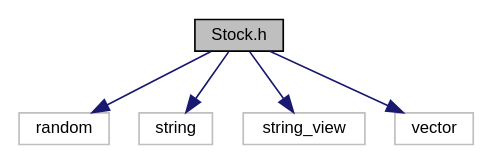
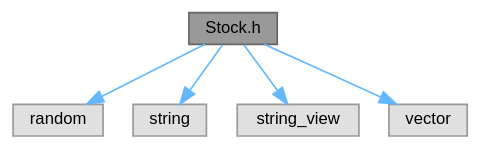
The diagram in docs/Stock_8h__incl.dot (KoniHD/stock_sim_uni), drawn with Graphviz before and after one commit. The commit also changed 174 other files, not shown here.

```diff
--- a/docs/Stock_8h__incl.dot
+++ b/docs/Stock_8h__incl.dot
@@ -1,15 +1,16 @@
 digraph "Stock.h"
 {
  // LATEX_PDF_SIZE
-  edge [fontname="Helvetica",fontsize="10",labelfontname="Helvetica",labelfontsize="10"];
-  node [fontname="Helvetica",fontsize="10",shape=record];
-  Node1 [label="Stock.h",height=0.2,width=0.4,color="black", fillcolor="grey75", style="filled", fontcolor="black",tooltip=" "];
-  Node1 -> Node2 [color="midnightblue",fontsize="10",style="solid",fontname="Helvetica"];
-  Node2 [label="random",height=0.2,width=0.4,color="grey75", fillcolor="white", style="filled",tooltip=" "];
-  Node1 -> Node3 [color="midnightblue",fontsize="10",style="solid",fontname="Helvetica"];
-  Node3 [label="string",height=0.2,width=0.4,color="grey75", fillcolor="white", style="filled",tooltip=" "];
-  Node1 -> Node4 [color="midnightblue",fontsize="10",style="solid",fontname="Helvetica"];
-  Node4 [label="string_view",height=0.2,width=0.4,color="grey75", fillcolor="white", style="filled",tooltip=" "];
-  Node1 -> Node5 [color="midnightblue",fontsize="10",style="solid",fontname="Helvetica"];
-  Node5 [label="vector",height=0.2,width=0.4,color="grey75", fillcolor="white", style="filled",tooltip=" "];
+  bgcolor="transparent";
+  edge [fontname=Helvetica,fontsize=10,labelfontname=Helvetica,labelfontsize=10];
+  node [fontname=Helvetica,fontsize=10,shape=box,height=0.2,width=0.4];
+  Node1 [id="Node000001",label="Stock.h",height=0.2,width=0.4,color="gray40", fillcolor="grey60", style="filled", fontcolor="black",tooltip=" "];
+  Node1 -> Node2 [id="edge1_Node000001_Node000002",color="steelblue1",style="solid",tooltip=" "];
+  Node2 [id="Node000002",label="random",height=0.2,width=0.4,color="grey60", fillcolor="#E0E0E0", style="filled",tooltip=" "];
+  Node1 -> Node3 [id="edge2_Node000001_Node000003",color="steelblue1",style="solid",tooltip=" "];
+  Node3 [id="Node000003",label="string",height=0.2,width=0.4,color="grey60", fillcolor="#E0E0E0", style="filled",tooltip=" "];
+  Node1 -> Node4 [id="edge3_Node000001_Node000004",color="steelblue1",style="solid",tooltip=" "];
+  Node4 [id="Node000004",label="string_view",height=0.2,width=0.4,color="grey60", fillcolor="#E0E0E0", style="filled",tooltip=" "];
+  Node1 -> Node5 [id="edge4_Node000001_Node000005",color="steelblue1",style="solid",tooltip=" "];
+  Node5 [id="Node000005",label="vector",height=0.2,width=0.4,color="grey60", fillcolor="#E0E0E0", style="filled",tooltip=" "];
 }
```
